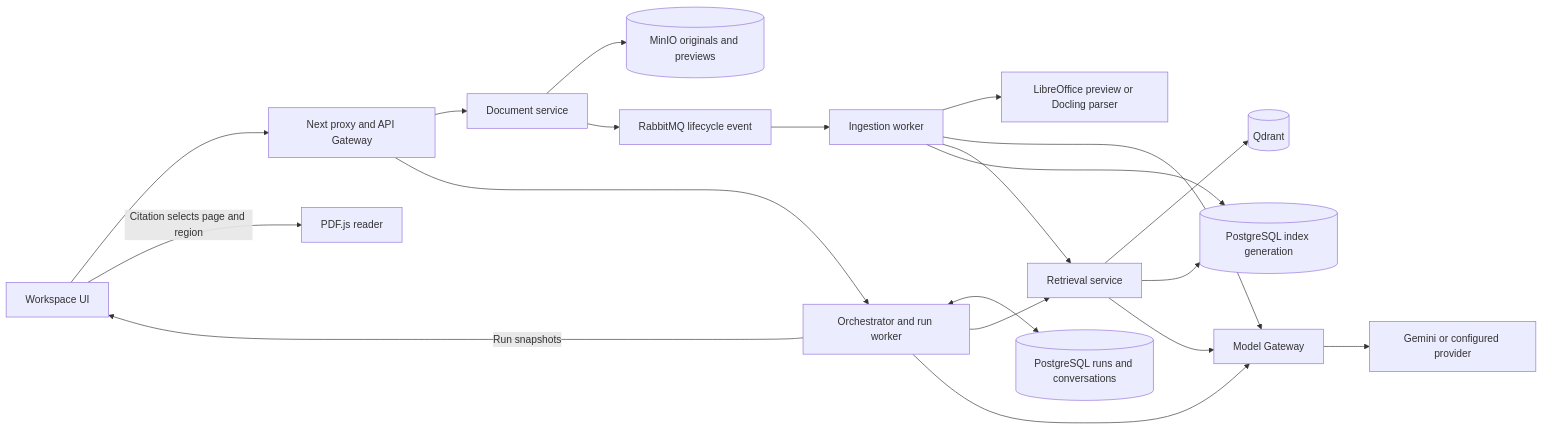
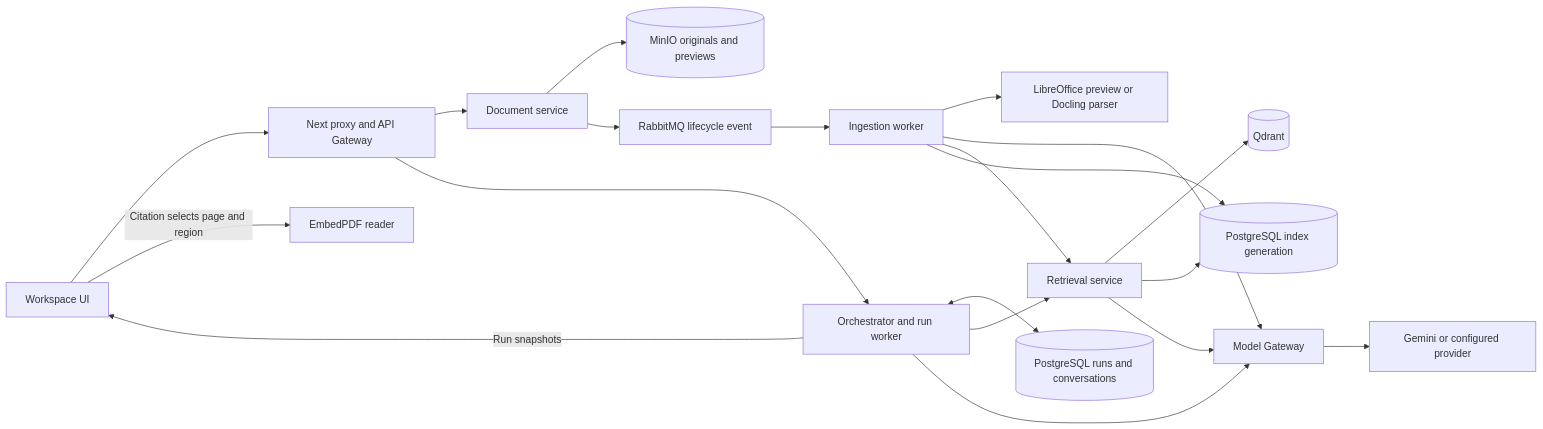
The diagram in docs/ask-pipeline/architecture.md (superiorhamster/AIpollo-RAG-Agent), drawn with Mermaid before and after one commit. The commit also changed other lines of this file and 52 other files, not shown here.

Commit message:
feat(web,documents): upgrade PDF reader, retry indexing, workspace sidebar tree, and brand logo

````diff
--- a/docs/ask-pipeline/architecture.md
+++ b/docs/ask-pipeline/architecture.md
@@ -5,22 +5,22 @@
 ```mermaid
 flowchart LR
   U[Workspace UI] --> G[Next proxy and API Gateway]
   G --> D[Document service]
   D --> M[(MinIO originals and previews)]
   D --> B[RabbitMQ lifecycle event]
   B --> I[Ingestion worker]
   I --> P[LibreOffice preview or Docling parser]
   I --> E[Model Gateway]
   E --> X[Gemini or configured provider]
   I --> R[Retrieval service]
   R --> Q[(Qdrant)]
   I --> S[(PostgreSQL index generation)]
   G --> O[Orchestrator and run worker]
   O <--> H[(PostgreSQL runs and conversations)]
   O --> R
   R --> S
   R --> E
   O --> E
   O -->|Run snapshots| U
-  U -->|Citation selects page and region| V[PDF.js reader]
+  U -->|Citation selects page and region| V[EmbedPDF reader]
 ```
````
